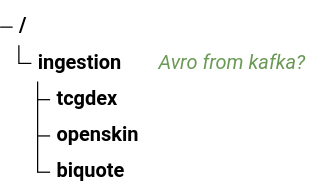
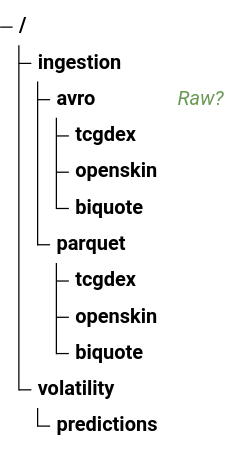
One commit to mariusbrandorff/BigDataProject changed the diagram in README.md. Above: the diagram before and after it, drawn with Mermaid. The commit also changed other lines of this file and 10 other files, not shown here.

````diff
--- a/README.md
+++ b/README.md
@@ -5,10 +5,14 @@
 ```mermaid
 treeView-beta
-ingestion/ ## Avro from kafka?
-	tcgdex/
-
-	openskin/
-
-	biquote/
-
+ingestion/
+    avro/ ## Raw?
+        tcgdex/
+        openskin/
+        biquote/
+    parquet/
+        tcgdex/
+        openskin/
+        biquote/
+volatility/
+    predictions/
 ```
````
